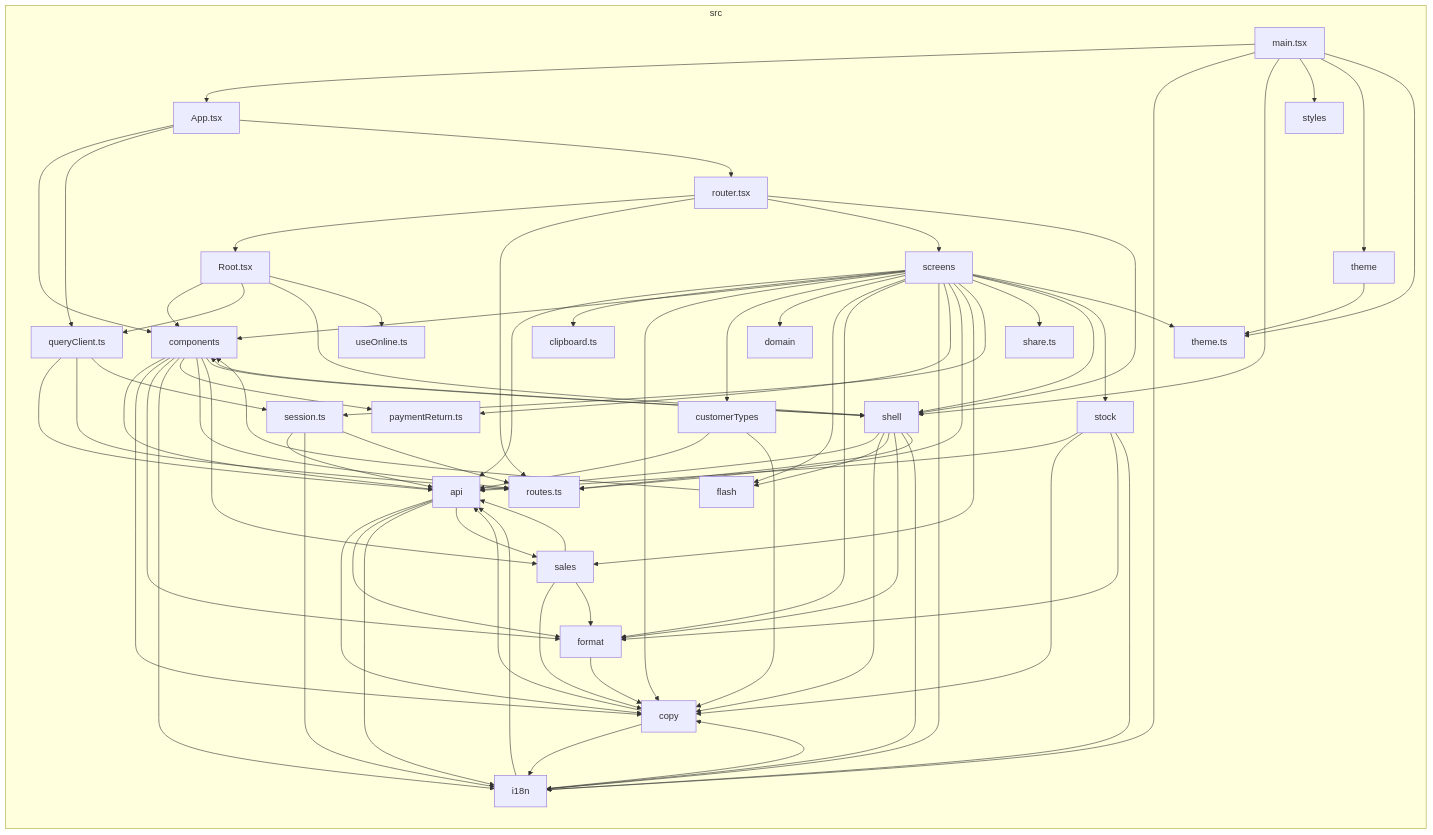
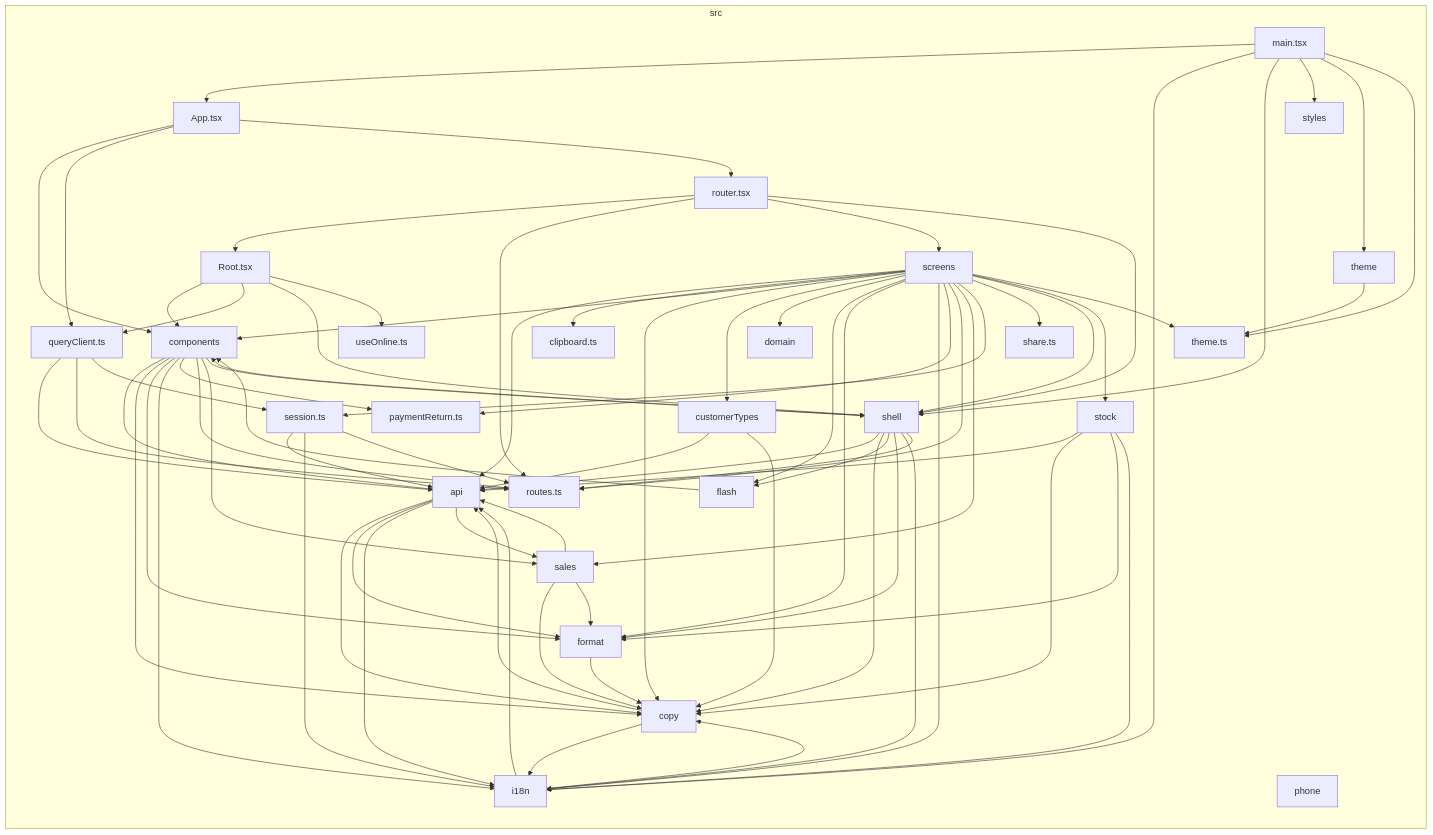
The diagram in docs/architecture/generated/front-modules/overview.md (GonzaloZevallos/apostrophe), drawn with Mermaid before and after one commit. The commit also changed 4 other files, not shown here.

Commit message:
Detection: regenerate the architecture reference for the phone modules

```diff
--- a/docs/architecture/generated/front-modules/overview.md
+++ b/docs/architecture/generated/front-modules/overview.md
@@ -20,6 +20,7 @@
   src_i18n["i18n"]
   src_main_tsx["main.tsx"]
   src_paymentReturn_ts["paymentReturn.ts"]
+  src_phone["phone"]
   src_queryClient_ts["queryClient.ts"]
   src_router_tsx["router.tsx"]
   src_routes_ts["routes.ts"]
```
